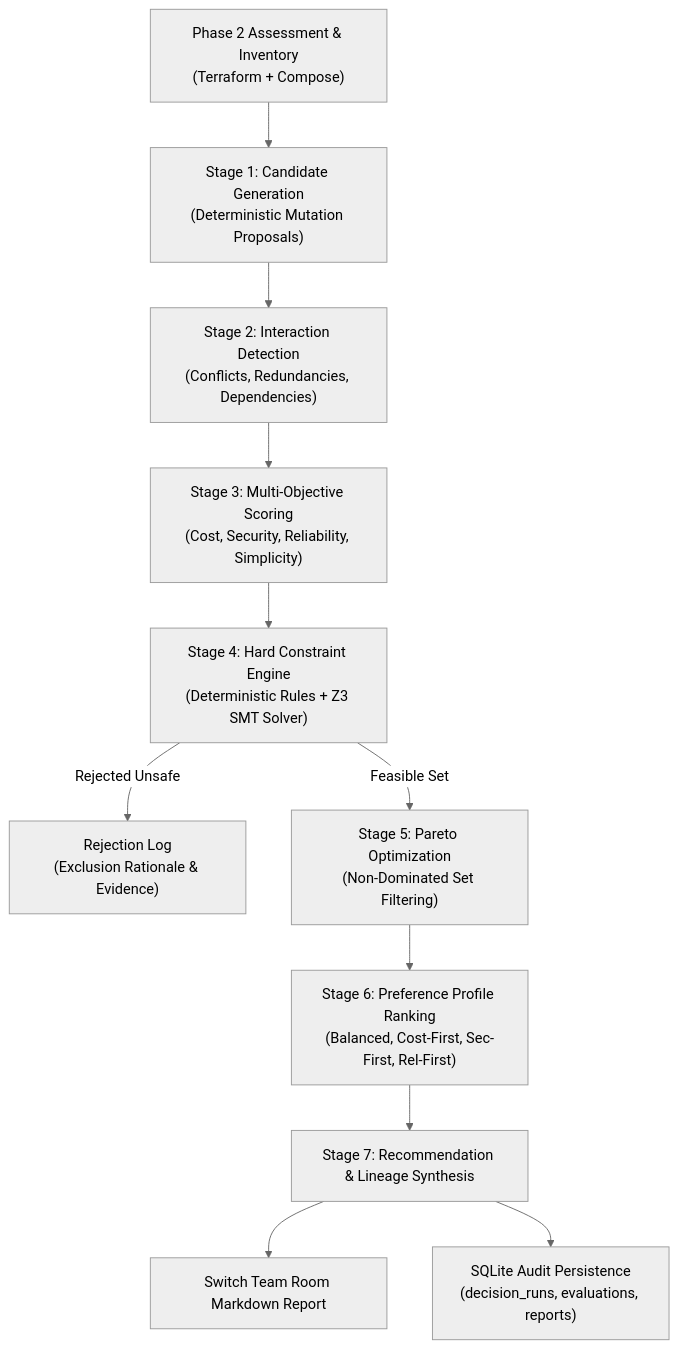
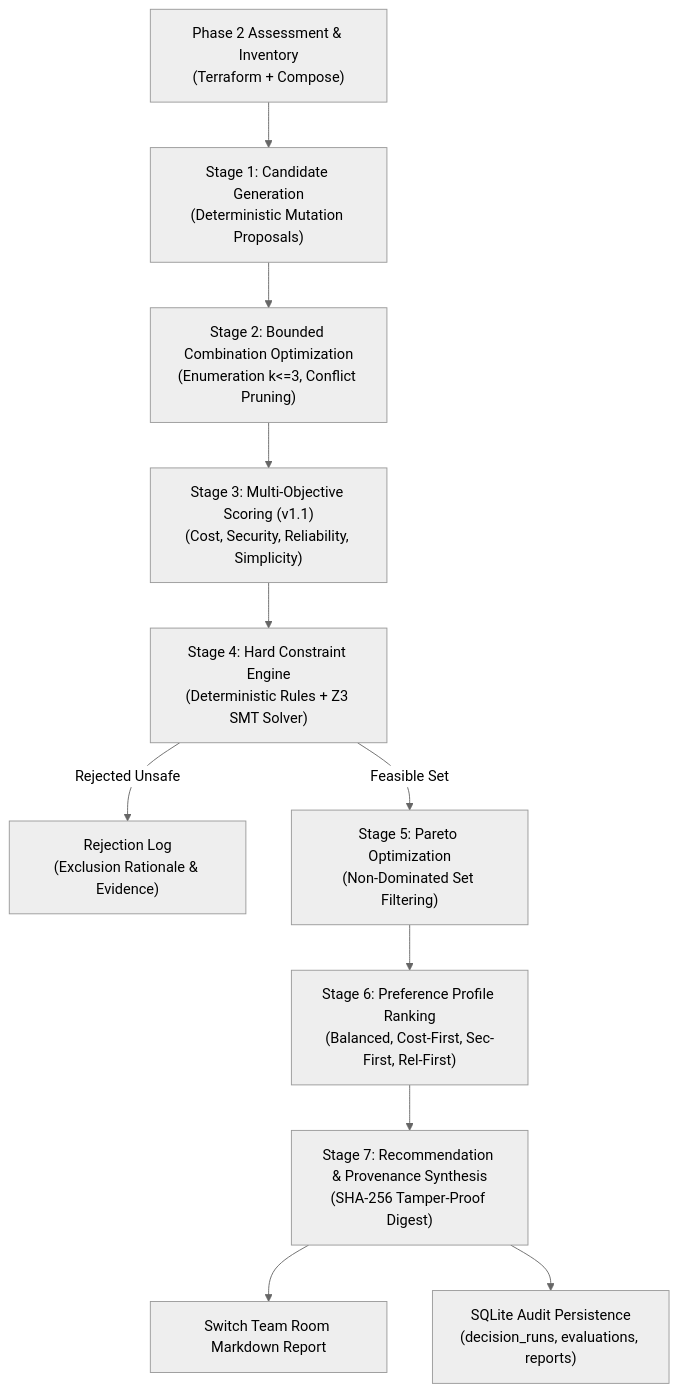
One commit to shankarsai000/CloudPilot-SwitchOps changed the diagram in docs/decision-intelligence.md. Above: the diagram before and after it, drawn with Mermaid (neutral theme). The commit also changed other lines of this file and 20 other files, not shown here.

Commit message:
feat(phase3.1): formal verification hardening, bounded combination optimization & evidence provenance

````diff
--- a/docs/decision-intelligence.md
+++ b/docs/decision-intelligence.md
@@ -26,13 +26,13 @@
 ```mermaid
 flowchart TD
     A["Phase 2 Assessment & Inventory<br/>(Terraform + Compose)"] --> B["Stage 1: Candidate Generation<br/>(Deterministic Mutation Proposals)"]
-    B --> C["Stage 2: Interaction Detection<br/>(Conflicts, Redundancies, Dependencies)"]
-    C --> D["Stage 3: Multi-Objective Scoring<br/>(Cost, Security, Reliability, Simplicity)"]
+    B --> C["Stage 2: Bounded Combination Optimization<br/>(Enumeration k<=3, Conflict Pruning)"]
+    C --> D["Stage 3: Multi-Objective Scoring (v1.1)<br/>(Cost, Security, Reliability, Simplicity)"]
     D --> E["Stage 4: Hard Constraint Engine<br/>(Deterministic Rules + Z3 SMT Solver)"]
     E -->|Rejected Unsafe| F["Rejection Log<br/>(Exclusion Rationale & Evidence)"]
     E -->|Feasible Set| G["Stage 5: Pareto Optimization<br/>(Non-Dominated Set Filtering)"]
     G --> H["Stage 6: Preference Profile Ranking<br/>(Balanced, Cost-First, Sec-First, Rel-First)"]
-    H --> I["Stage 7: Recommendation & Lineage Synthesis"]
+    H --> I["Stage 7: Recommendation & Provenance Synthesis<br/>(SHA-256 Tamper-Proof Digest)"]
     I --> J["Switch Team Room Markdown Report"]
     I --> K["SQLite Audit Persistence<br/>(decision_runs, evaluations, reports)"]
 ```
````
